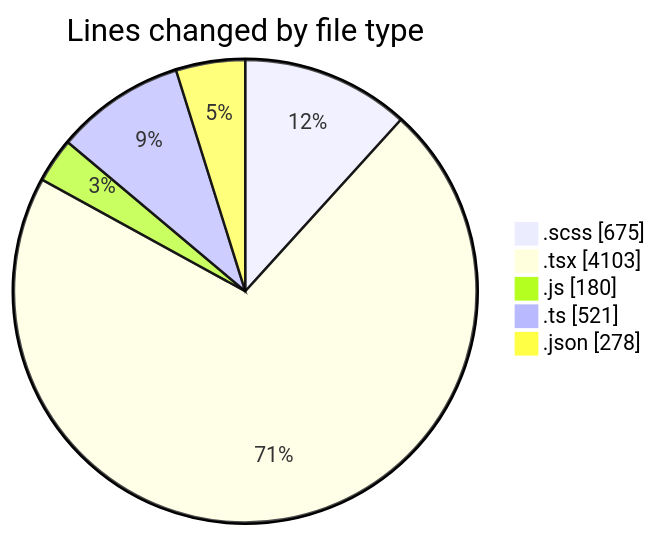
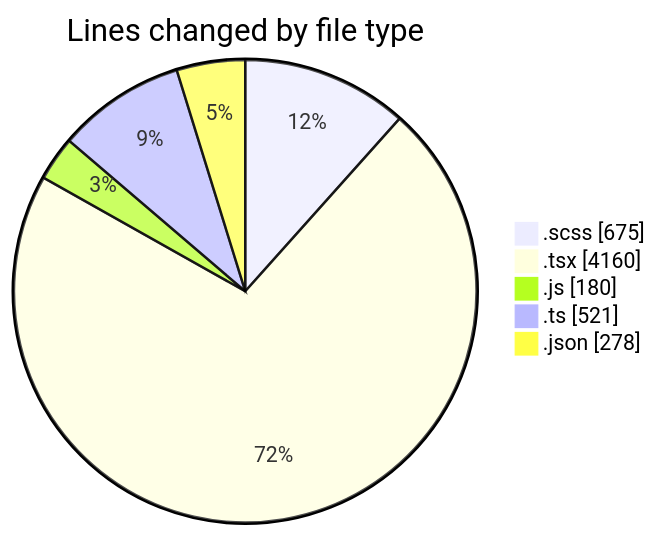
One commit to momahboobian/code-tracking changed the first of 2 diagrams in 2026-08-10/cda/README.md. Above: the diagram before and after it, drawn with Mermaid. The commit also changed other lines of this file and 1 other file, not shown here.

````diff
--- a/2026-08-10/cda/README.md
+++ b/2026-08-10/cda/README.md
@@ -32,9 +32,9 @@
 ```mermaid
 pie showData
 title Lines changed by file type
 ".scss" : 675
-".tsx" : 4103
+".tsx" : 4160
 ".js" : 180
 ".ts" : 521
 ".json" : 278
 ```
````
